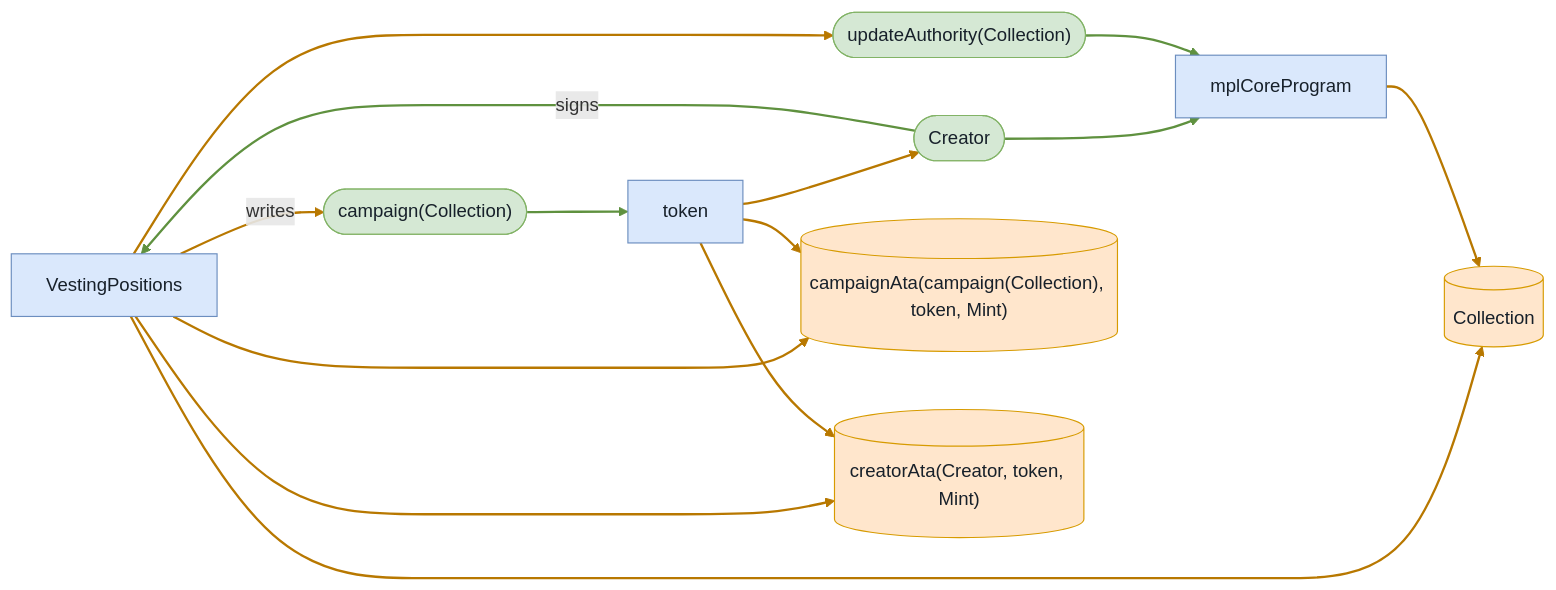
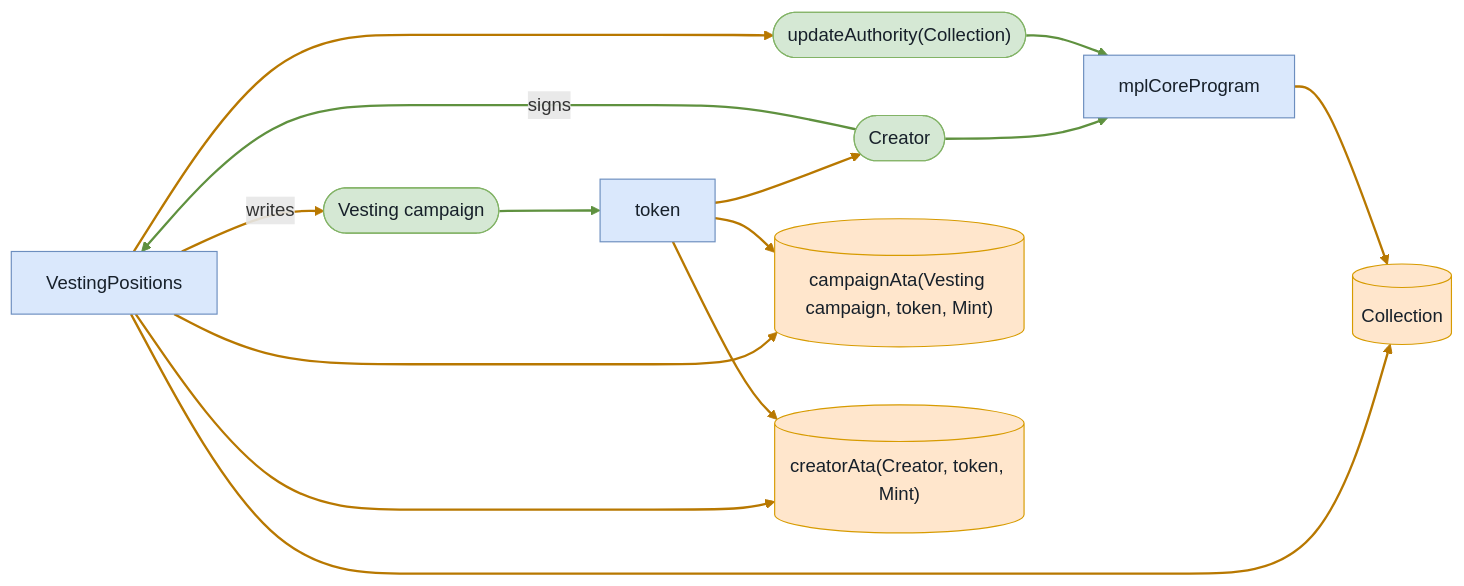
The fifth of 6 diagrams in babelfish-tests/test-report/cancel_campaign_returns_deposit_and_closes_accounts.md (cds-turbin3/vesting-position), drawn with Mermaid before and after one commit. The commit also changed other lines of this file and 104 other files, not shown here.

````diff
--- a/babelfish-tests/test-report/cancel_campaign_returns_deposit_and_closes_accounts.md
+++ b/babelfish-tests/test-report/cancel_campaign_returns_deposit_and_closes_accounts.md
@@ -230,30 +230,30 @@
 ```mermaid
 flowchart LR
     VestingPositions["VestingPositions"]:::program
     Creator(["Creator"]):::signer
-    campaignCollection(["campaign(Collection)"]):::signer
+    Vestingcampaign(["Vesting campaign"]):::signer
     Collection[("Collection")]:::state
     updateAuthorityCollection(["updateAuthority(Collection)"]):::signer
-    campaignAtacampaignCollectiontokenMint[("campaignAta(campaign(Collection), token, Mint)")]:::state
+    campaignAtaVestingcampaigntokenMint[("campaignAta(Vesting campaign, token, Mint)")]:::state
     creatorAtaCreatortokenMint[("creatorAta(Creator, token, Mint)")]:::state
     token["token"]:::program
     mplCoreProgram["mplCoreProgram"]:::program
     Creator -->|signs| VestingPositions
-    VestingPositions -->|writes| campaignCollection
+    VestingPositions -->|writes| Vestingcampaign
     VestingPositions --> Collection
     VestingPositions --> updateAuthorityCollection
-    VestingPositions --> campaignAtacampaignCollectiontokenMint
+    VestingPositions --> campaignAtaVestingcampaigntokenMint
     VestingPositions --> creatorAtaCreatortokenMint
-    token --> campaignAtacampaignCollectiontokenMint
+    token --> campaignAtaVestingcampaigntokenMint
     token --> creatorAtaCreatortokenMint
-    campaignCollection --> token
+    Vestingcampaign --> token
     token --> Creator
     mplCoreProgram --> Collection
     Creator --> mplCoreProgram
     updateAuthorityCollection --> mplCoreProgram
     classDef program fill:#dae8fc,stroke:#6c8ebf,color:#17202a;
     classDef signer fill:#d5e8d4,stroke:#82b366,color:#17202a;
     classDef state fill:#ffe6cc,stroke:#d79b00,color:#17202a;
     linkStyle 0,8,11,12 stroke:#5f913f,stroke-width:2px
     linkStyle 1,2,3,4,5,6,7,9,10 stroke:#b87800,stroke-width:2px
 ```
````
